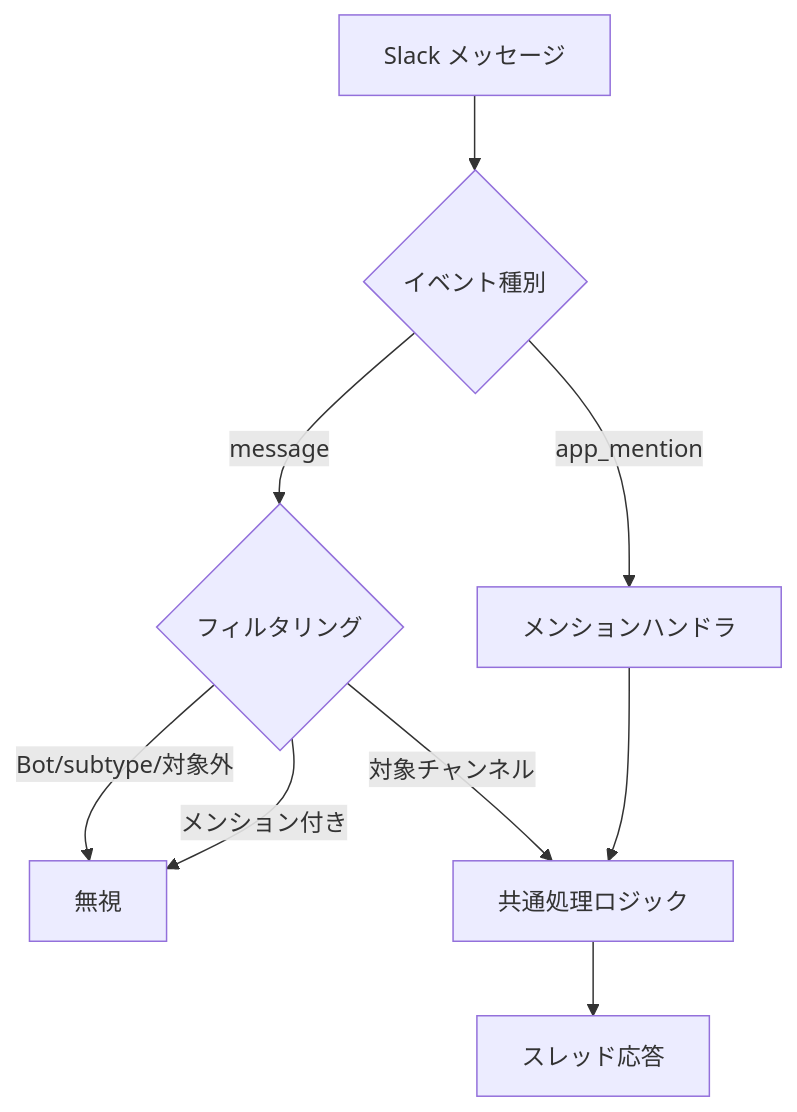
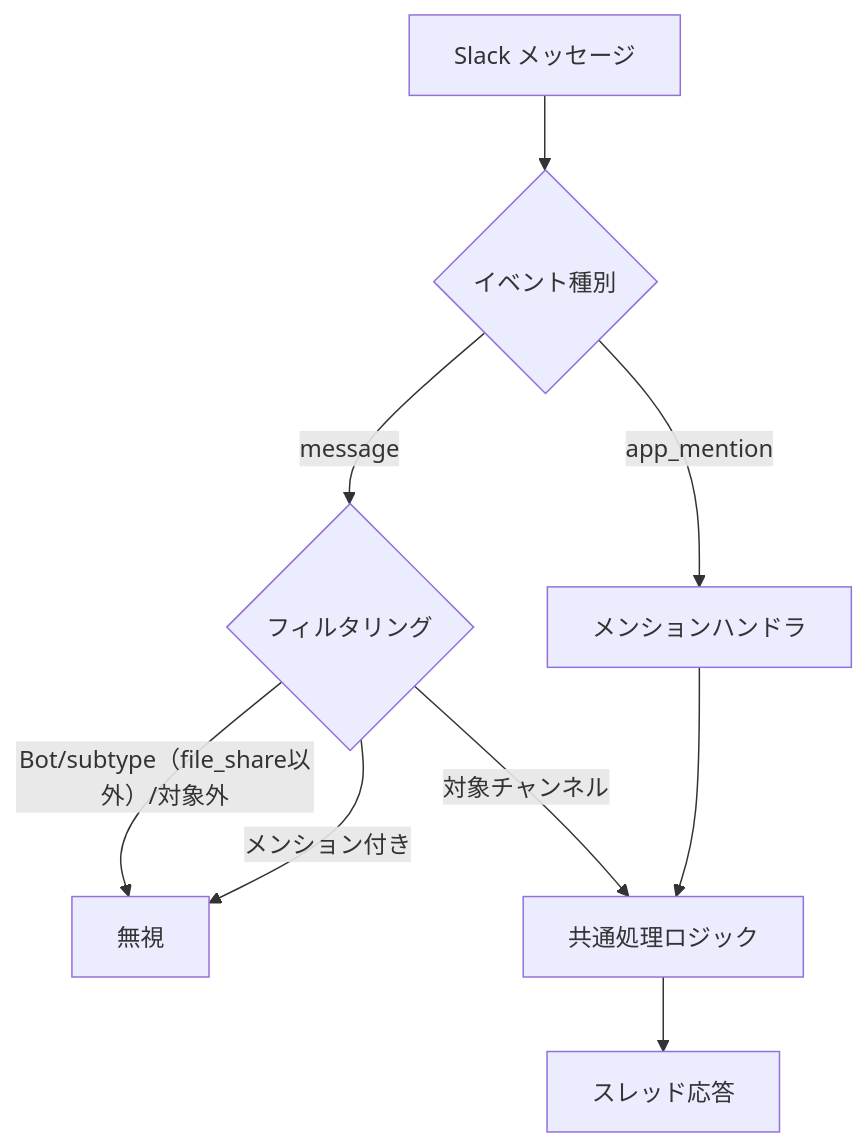
One commit to becky3/ai-assistant changed the diagram in docs/specs/features/auto-reply.md. Above: the diagram before and after it, drawn with Mermaid. The commit also changed other lines of this file and 2 other files, not shown here.

````diff
--- a/docs/specs/features/auto-reply.md
+++ b/docs/specs/features/auto-reply.md
@@ -53,11 +54,11 @@
 ```mermaid
 graph TD
     A[Slack メッセージ] --> B{イベント種別}
     B -->|app_mention| C[メンションハンドラ]
     B -->|message| D{フィルタリング}
-    D -->|Bot/subtype/対象外| E[無視]
+    D -->|Bot/subtype（file_share以外）/対象外| E[無視]
     D -->|メンション付き| E
     D -->|対象チャンネル| F[共通処理ロジック]
     C --> F
     F --> G[スレッド応答]
 ```
````
